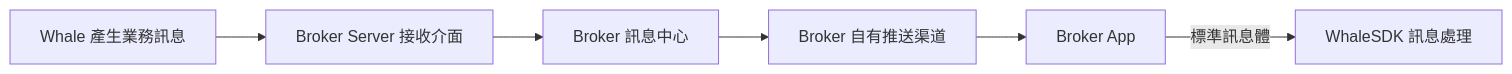
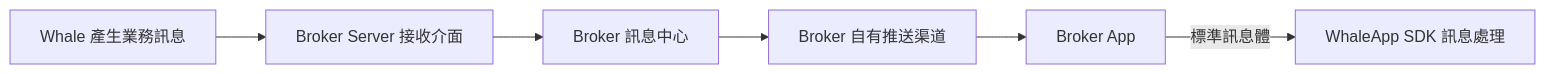
The second of 2 diagrams in zh-Hant/docs/message-push-options.mdx (longbridge/whale-docs), drawn with Mermaid before and after one commit. The commit also changed other lines of this file and 50 other files, not shown here.

Commit message:
docs: define Whale SDK product hierarchy

````diff
--- a/zh-Hant/docs/message-push-options.mdx
+++ b/zh-Hant/docs/message-push-options.mdx
@@ -51,8 +51,8 @@
 ```mermaid
 flowchart LR
   A[Whale 產生業務訊息] --> B[Broker Server 接收介面]
   B --> C[Broker 訊息中心]
   C --> D[Broker 自有推送渠道]
   D --> E[Broker App]
-  E -->|標準訊息體| F[WhaleSDK 訊息處理]
+  E -->|標準訊息體| F[WhaleApp SDK 訊息處理]
 ```
````
